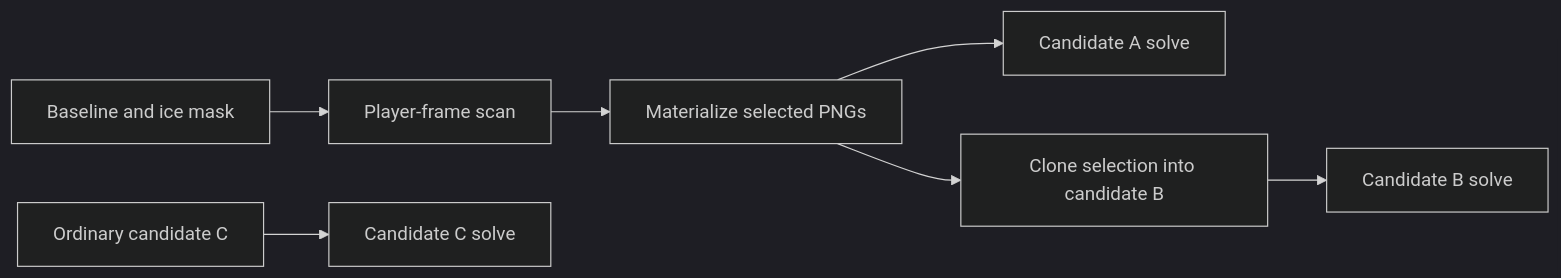
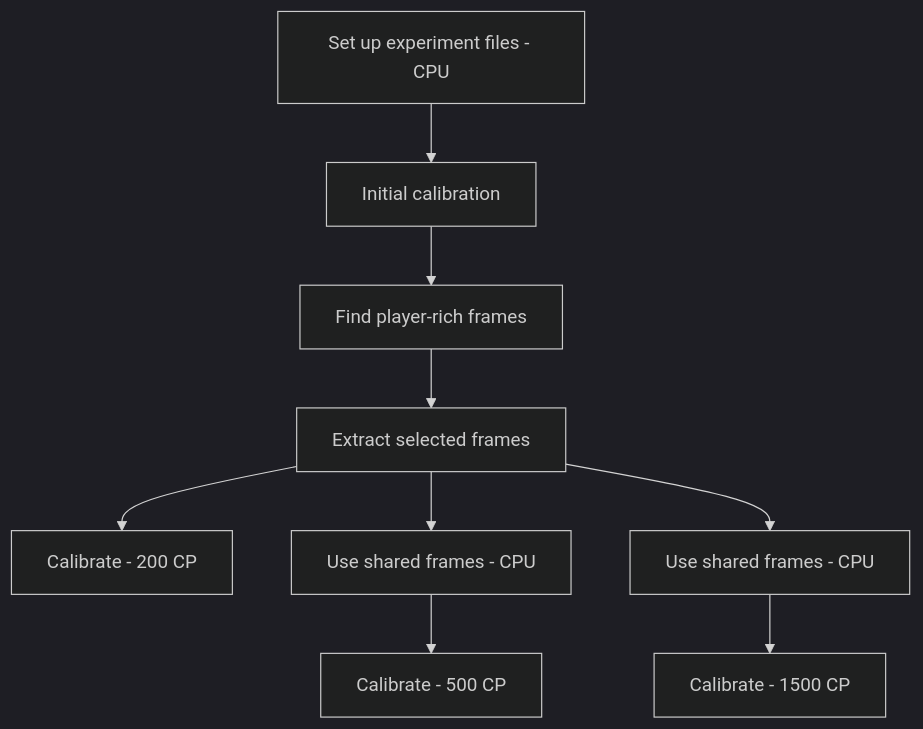
One commit to cjolivier01/HockeyMONStream changed the diagram in docs/distributed-workflows.md. Above: the diagram before and after it, drawn with Mermaid (dark theme). The commit also changed other lines of this file and 11 other files, not shown here.

````diff
--- a/docs/distributed-workflows.md
+++ b/docs/distributed-workflows.md
@@ -28,9 +28,11 @@
 ```mermaid
-flowchart LR
-    B[Baseline and ice mask] --> S[Player-frame scan]
-    S --> M[Materialize selected PNGs]
-    M --> A[Candidate A solve]
-    M --> C[Clone selection into candidate B]
-    C --> D[Candidate B solve]
-    E[Ordinary candidate C] --> F[Candidate C solve]
+flowchart TD
+    P[Set up experiment files - CPU] --> B[Initial calibration]
+    B --> S[Find player-rich frames]
+    S --> M[Extract selected frames]
+    M --> A[Calibrate - 200 CP]
+    M --> C[Use shared frames - CPU]
+    C --> D[Calibrate - 500 CP]
+    M --> E[Use shared frames - CPU]
+    E --> F[Calibrate - 1500 CP]
 ```
````
